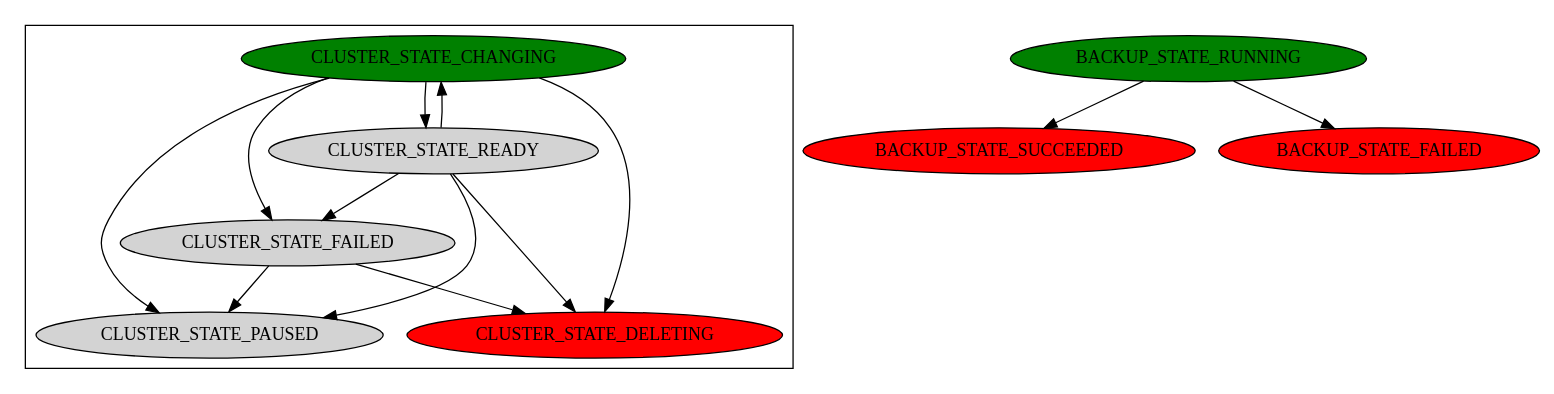
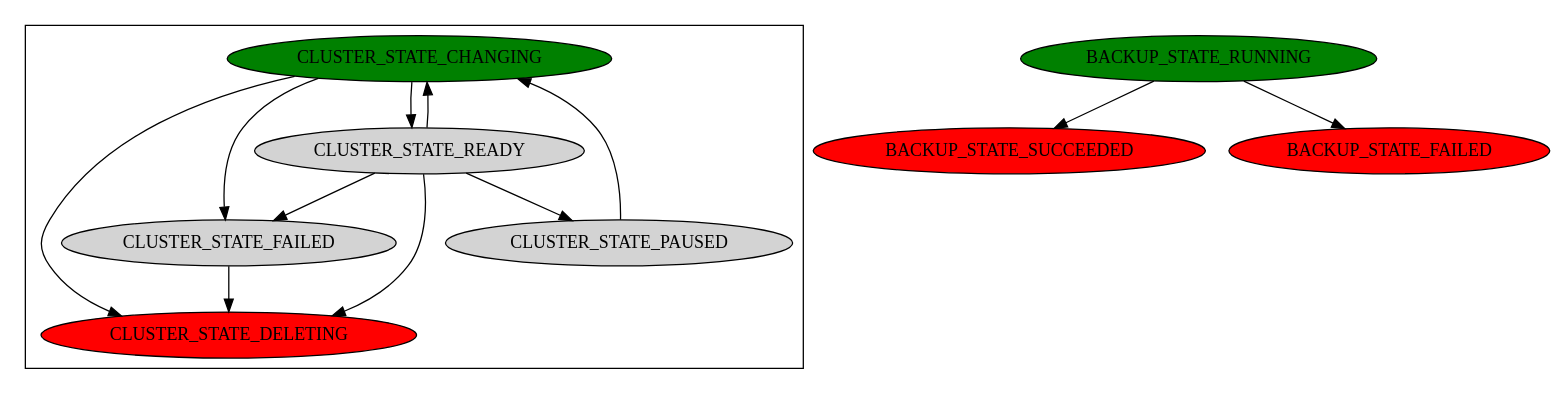
Before and after one commit to percona/dbaas-api: the diagram in api/controller/states.dot, drawn with Graphviz.

Commit message:
PMM-7180 Update states.dot according to posible frow in dbaas-controller.

```diff
--- a/api/controller/states.dot
+++ b/api/controller/states.dot
@@ -1,44 +1,43 @@
 digraph  {
 
 subgraph ClusterState {
   node [style=filled];
 
   CLUSTER_STATE_CHANGING [fillcolor=green];
   CLUSTER_STATE_READY;
   CLUSTER_STATE_FAILED;
   CLUSTER_STATE_PAUSED;
   CLUSTER_STATE_DELETING [fillcolor=red];
 
   CLUSTER_STATE_CHANGING -> CLUSTER_STATE_READY;
   CLUSTER_STATE_READY -> CLUSTER_STATE_CHANGING;
 
   CLUSTER_STATE_CHANGING -> CLUSTER_STATE_FAILED;
   CLUSTER_STATE_READY -> CLUSTER_STATE_FAILED;
 
   CLUSTER_STATE_CHANGING -> CLUSTER_STATE_DELETING;
   CLUSTER_STATE_READY -> CLUSTER_STATE_DELETING;
   CLUSTER_STATE_FAILED -> CLUSTER_STATE_DELETING;
 
-  CLUSTER_STATE_CHANGING -> CLUSTER_STATE_PAUSED;
   CLUSTER_STATE_READY -> CLUSTER_STATE_PAUSED;
-  CLUSTER_STATE_FAILED -> CLUSTER_STATE_PAUSED;
+  CLUSTER_STATE_PAUSED -> CLUSTER_STATE_CHANGING;
 }
 
 subgraph BackupState {
   node [style=filled];
 
   BACKUP_STATE_RUNNING [fillcolor=green];
   BACKUP_STATE_SUCCEEDED [fillcolor=red];
   BACKUP_STATE_FAILED [fillcolor=red];
 
   BACKUP_STATE_RUNNING -> BACKUP_STATE_SUCCEEDED;
   BACKUP_STATE_RUNNING -> BACKUP_STATE_FAILED;
 }
 
 subgraph RestoreState {
   node [style=filled];
 
   // TODO
 }
 
 }
```
